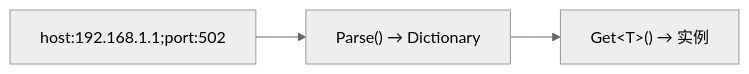
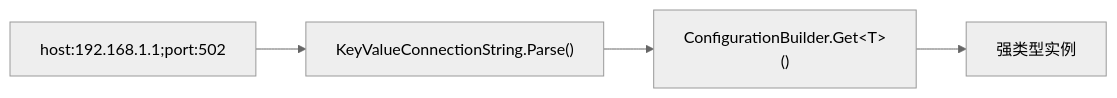
One commit to justinzhou0928/Plc-Library changed the fifth of 6 diagrams in DEVELOPMENT.md. Above: the diagram before and after it, drawn with Mermaid. The commit also changed other lines of this file and 18 other files, not shown here.

````diff
--- a/DEVELOPMENT.md
+++ b/DEVELOPMENT.md
@@ -173,6 +173,7 @@
 ```mermaid
 %%{init: {'theme': 'neutral'}}%%
 flowchart LR
-    A["host:192.168.1.1;port:502"] --> B["Parse() → Dictionary"]
-    B --> C["Get&lt;T&gt;() → 实例"]
+    A["host:192.168.1.1;port:502"] --> B["KeyValueConnectionString.Parse()"]
+    B --> C["ConfigurationBuilder.Get&lt;T&gt;()"]
+    C --> D["强类型实例"]
 ```
````
